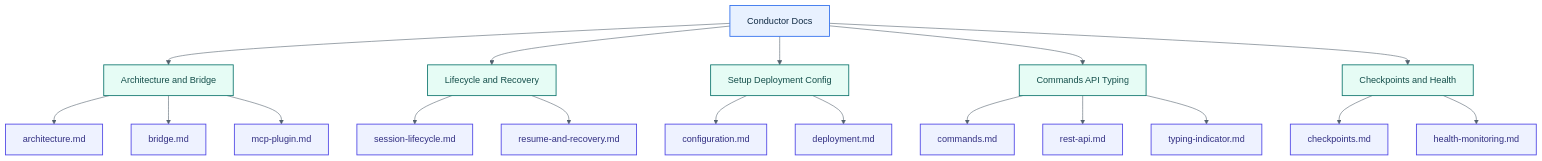
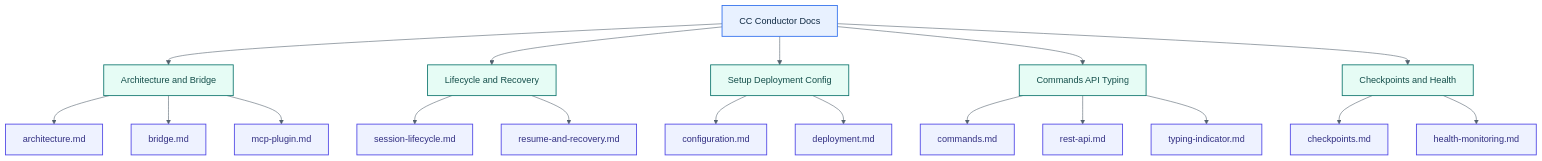
The diagram in docs/README.md (mattstechadventures/cc-conductor), drawn with Mermaid before and after one commit. The commit also changed other lines of this file and 66 other files, not shown here.

````diff
--- a/docs/README.md
+++ b/docs/README.md
@@ -5,30 +5,30 @@
 ```mermaid
 %%{init: {'theme':'base','themeVariables': {'background':'#ffffff','primaryColor':'#E8F1FF','primaryTextColor':'#102A43','primaryBorderColor':'#2F6FED','lineColor':'#52606D','secondaryColor':'#E6FCF5','tertiaryColor':'#FFF4E6','fontFamily':'Segoe UI, Arial, sans-serif'}}}%%
 flowchart TD
-    Docs[Conductor Docs] --> Runtime[Architecture and Bridge]
+    Docs[CC Conductor Docs] --> Runtime[Architecture and Bridge]
     Docs --> Lifecycle[Lifecycle and Recovery]
     Docs --> Ops[Setup Deployment Config]
     Docs --> Interfaces[Commands API Typing]
     Docs --> Recovery[Checkpoints and Health]
 
     Runtime --> Arch[architecture.md]
     Runtime --> Bridge[bridge.md]
     Runtime --> Plugin[mcp-plugin.md]
     Lifecycle --> Session[session-lifecycle.md]
     Lifecycle --> Resume[resume-and-recovery.md]
     Ops --> Config[configuration.md]
     Ops --> Deploy[deployment.md]
     Interfaces --> Commands[commands.md]
     Interfaces --> Api[rest-api.md]
     Interfaces --> Typing[typing-indicator.md]
     Recovery --> Checkpoints[checkpoints.md]
     Recovery --> Health[health-monitoring.md]
 
     classDef root fill:#E8F1FF,stroke:#2F6FED,color:#102A43,stroke-width:1.5px;
     classDef group fill:#E6FCF5,stroke:#0F766E,color:#134E4A,stroke-width:1.5px;
     classDef page fill:#EEF2FF,stroke:#4F46E5,color:#312E81,stroke-width:1.5px;
 
     class Docs root;
     class Runtime,Lifecycle,Ops,Interfaces,Recovery group;
     class Arch,Bridge,Plugin,Session,Resume,Config,Deploy,Commands,Api,Typing,Checkpoints,Health page;
 ```
````
